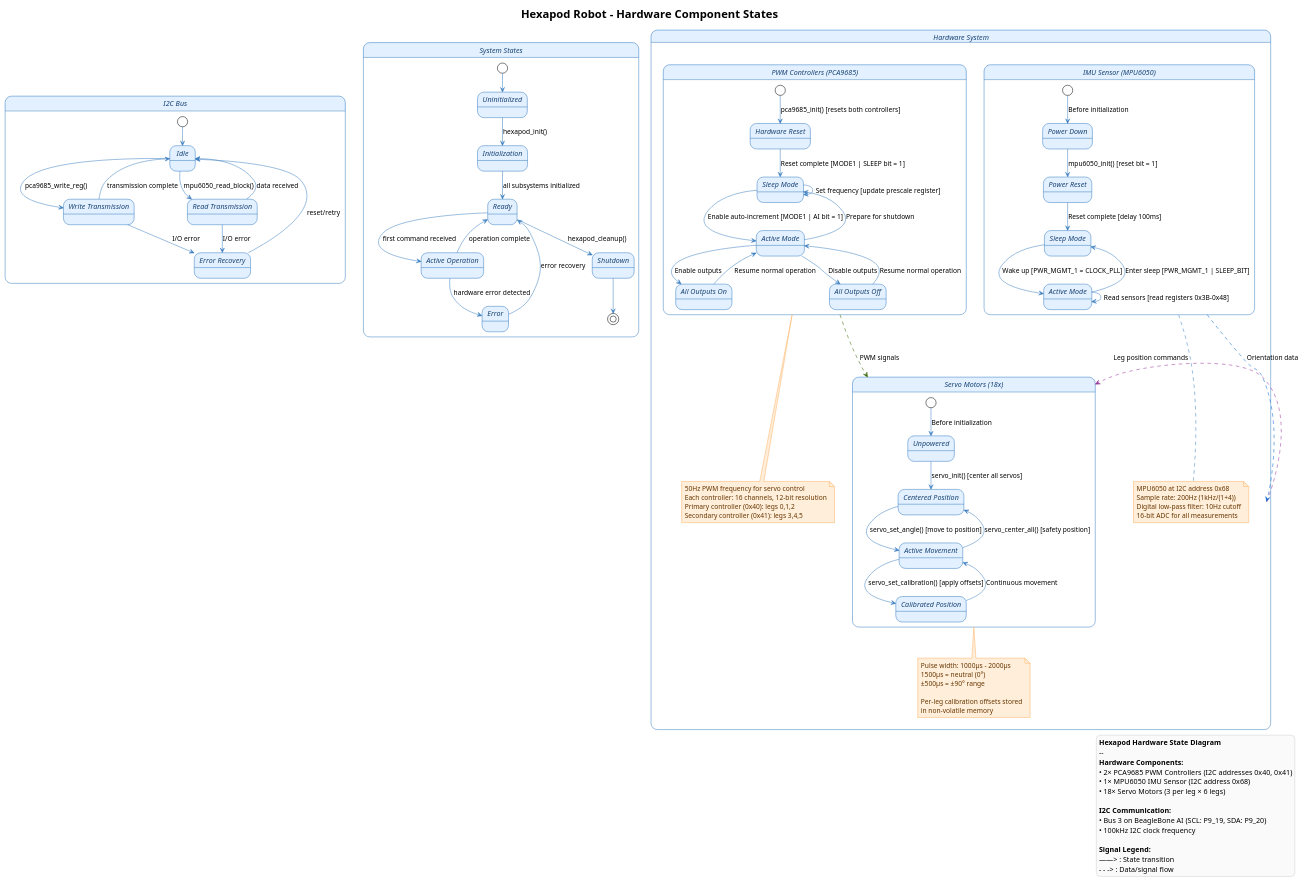
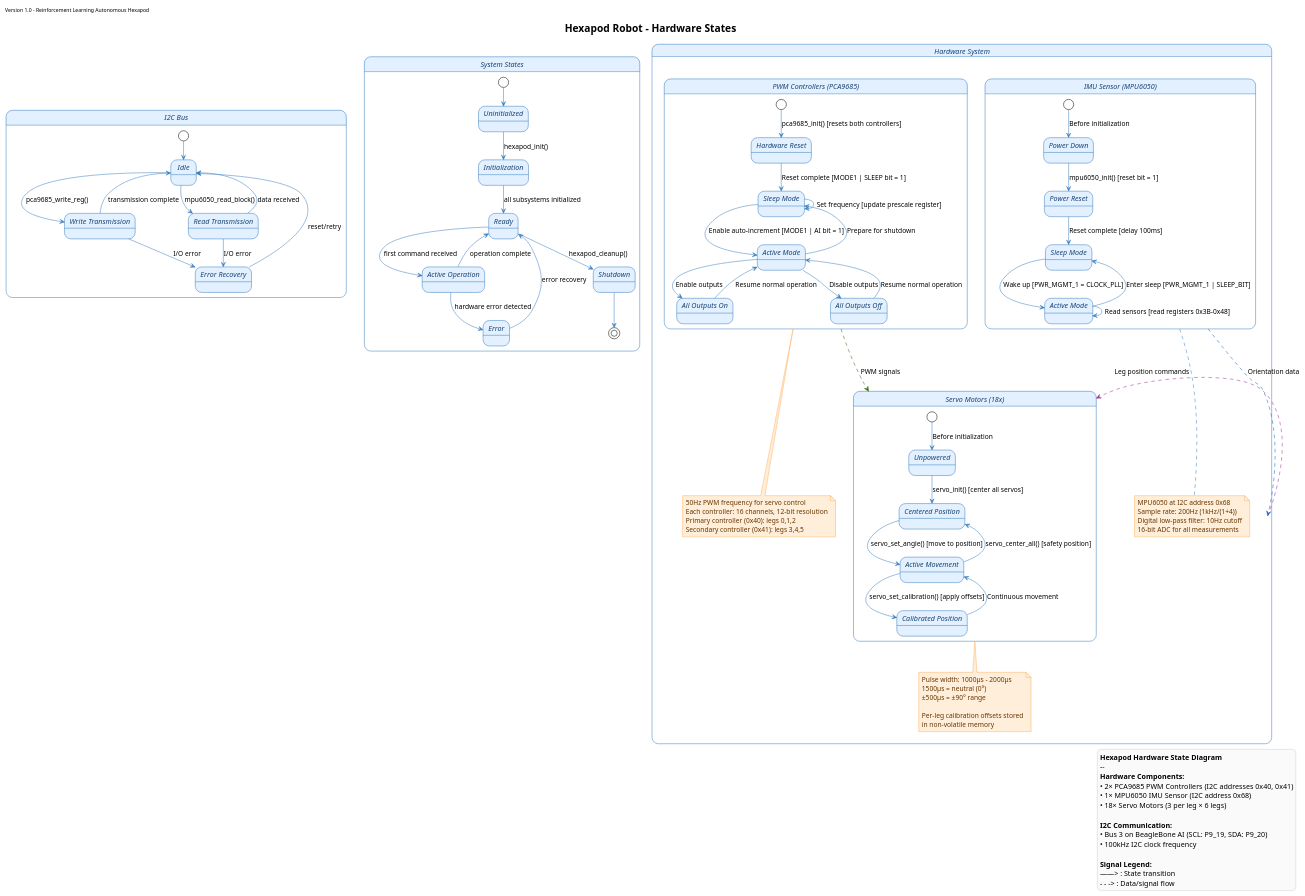
The diagram in docs/diagrams/src/state.puml (NguyenTrongPhuc552003/reinforcement-automative-hexapod), drawn with PlantUML before and after one commit. The commit also changed 5 other files, not shown here.

```diff
--- a/docs/diagrams/src/state.puml
+++ b/docs/diagrams/src/state.puml
@@ -20,170 +20,170 @@
 @startuml state
+!theme plain
 
-!theme plain
-' Use better color scheme for hardware states
+title <font size=20><b>Hexapod Robot - Hardware States</b></font>
+left header Version 1.0 - Reinforcement Learning Autonomous Hexapod
+right header BeagleBone AI Platform
+
 skinparam {
     stateBackgroundColor #E2F0FF
     stateBorderColor #3C7FC0
     stateArrowColor #3C7FC0
     stateFontStyle bold
     
     stateAttributeFontColor #1A4473
     stateAttributeFontStyle italic
     
     legendBackgroundColor #FAFAFA
     legendBorderColor #D0D0D0
     
     stateStartColor #28A745
     stateEndColor #DC3545
     
     noteBorderColor #FFB266
     noteBackgroundColor #FFEED9
     noteFontColor #663500
 }
-
-' Title
-title Hexapod Robot - Hardware Component States
 
 ' Overall hardware system state
 state "Hardware System" as SystemState {
 
     ' PWM Controller states
     state "PWM Controllers (PCA9685)" as PWMState {
         state "Hardware Reset" as PWM_RESET
         state "Sleep Mode" as PWM_SLEEP
         state "Active Mode" as PWM_ACTIVE
         state "All Outputs On" as PWM_ALL_ON
         state "All Outputs Off" as PWM_ALL_OFF
         
         ' Transitions
         [*] --> PWM_RESET : pca9685_init() [resets both controllers]
         PWM_RESET --> PWM_SLEEP : Reset complete [MODE1 | SLEEP bit = 1]
         PWM_SLEEP --> PWM_SLEEP : Set frequency [update prescale register]
         PWM_SLEEP --> PWM_ACTIVE : Enable auto-increment [MODE1 | AI bit = 1]
         PWM_ACTIVE --> PWM_ALL_OFF : Disable outputs
         PWM_ACTIVE --> PWM_ALL_ON : Enable outputs
         PWM_ALL_OFF --> PWM_ACTIVE : Resume normal operation
         PWM_ALL_ON --> PWM_ACTIVE : Resume normal operation
         PWM_ACTIVE --> PWM_SLEEP : Prepare for shutdown
     }
     
     ' IMU Sensor states
     state "IMU Sensor (MPU6050)" as IMUState {
         state "Power Down" as IMU_OFF
         state "Power Reset" as IMU_RESET
         state "Sleep Mode" as IMU_SLEEP
         state "Active Mode" as IMU_ACTIVE
         
         ' Transitions
         [*] --> IMU_OFF : Before initialization
         IMU_OFF --> IMU_RESET : mpu6050_init() [reset bit = 1]
         IMU_RESET --> IMU_SLEEP : Reset complete [delay 100ms]
         IMU_SLEEP --> IMU_ACTIVE : Wake up [PWR_MGMT_1 = CLOCK_PLL]
         IMU_ACTIVE --> IMU_SLEEP : Enter sleep [PWR_MGMT_1 | SLEEP_BIT]
         IMU_ACTIVE --> IMU_ACTIVE : Read sensors [read registers 0x3B-0x48]
     }
     
     ' Servo Motors states
     state "Servo Motors (18x)" as ServoState {
         state "Unpowered" as SERVO_OFF
         state "Centered Position" as SERVO_CENTER
         state "Active Movement" as SERVO_ACTIVE
         state "Calibrated Position" as SERVO_CALIBRATED
         
         ' Transitions
         [*] --> SERVO_OFF : Before initialization
         SERVO_OFF --> SERVO_CENTER : servo_init() [center all servos]
         SERVO_CENTER --> SERVO_ACTIVE : servo_set_angle() [move to position]
         SERVO_ACTIVE --> SERVO_CALIBRATED : servo_set_calibration() [apply offsets]
         SERVO_CALIBRATED --> SERVO_ACTIVE : Continuous movement
         SERVO_ACTIVE --> SERVO_CENTER : servo_center_all() [safety position]
     }
     
     ' Detailed notes for hardware states
     note bottom of PWMState
       50Hz PWM frequency for servo control
       Each controller: 16 channels, 12-bit resolution
       Primary controller (0x40): legs 0,1,2
       Secondary controller (0x41): legs 3,4,5
     end note
     
     note bottom of IMUState
       MPU6050 at I2C address 0x68
       Sample rate: 200Hz (1kHz/(1+4))
       Digital low-pass filter: 10Hz cutoff
       16-bit ADC for all measurements
     end note
     
     note bottom of ServoState
       Pulse width: 1000μs - 2000μs
       1500μs = neutral (0°)
       ±500μs = ±90° range
       
       Per-leg calibration offsets stored
       in non-volatile memory
     end note
 }
 
 ' I2C Bus states
 state "I2C Bus" as I2CBus {
     state "Idle" as I2C_IDLE
     state "Write Transmission" as I2C_WRITE
     state "Read Transmission" as I2C_READ
     state "Error Recovery" as I2C_ERROR
     
     ' Transitions
     [*] --> I2C_IDLE
     I2C_IDLE --> I2C_WRITE : pca9685_write_reg()
     I2C_IDLE --> I2C_READ : mpu6050_read_block()
     I2C_WRITE --> I2C_IDLE : transmission complete
     I2C_READ --> I2C_IDLE : data received
     I2C_WRITE --> I2C_ERROR : I/O error
     I2C_READ --> I2C_ERROR : I/O error
     I2C_ERROR --> I2C_IDLE : reset/retry
 }
 
 ' Global transitions between major components
 PWMState -[#336600,dashed]-> ServoState : PWM signals
 IMUState -[#0066CC,dashed]-> SystemState : Orientation data
 SystemState -[#993399,dashed]-> ServoState : Leg position commands
 
 ' Main system states
 state "System States" as MainSystemState {
     state "Uninitialized" as SYS_UNINIT
     state "Initialization" as SYS_INIT
     state "Ready" as SYS_READY
     state "Active Operation" as SYS_ACTIVE
     state "Error" as SYS_ERROR
     state "Shutdown" as SYS_SHUTDOWN
     
     ' Main system transitions
     [*] --> SYS_UNINIT
     SYS_UNINIT --> SYS_INIT : hexapod_init()
     SYS_INIT --> SYS_READY : all subsystems initialized
     SYS_READY --> SYS_ACTIVE : first command received
     SYS_ACTIVE --> SYS_ERROR : hardware error detected
     SYS_ERROR --> SYS_READY : error recovery
     SYS_ACTIVE --> SYS_READY : operation complete
     SYS_READY --> SYS_SHUTDOWN : hexapod_cleanup()
     SYS_SHUTDOWN --> [*]
 }
 
 ' Comprehensive legend with hardware info
 legend right
   <b>Hexapod Hardware State Diagram</b>
   --
   <b>Hardware Components:</b>
   • 2× PCA9685 PWM Controllers (I2C addresses 0x40, 0x41)
   • 1× MPU6050 IMU Sensor (I2C address 0x68)
   • 18× Servo Motors (3 per leg × 6 legs)
   
   <b>I2C Communication:</b>
   • Bus 3 on BeagleBone AI (SCL: P9_19, SDA: P9_20)
   • 100kHz I2C clock frequency
   
   <b>Signal Legend:</b>
   ——> : State transition
   - - -> : Data/signal flow
 endlegend
 
 @enduml
```
